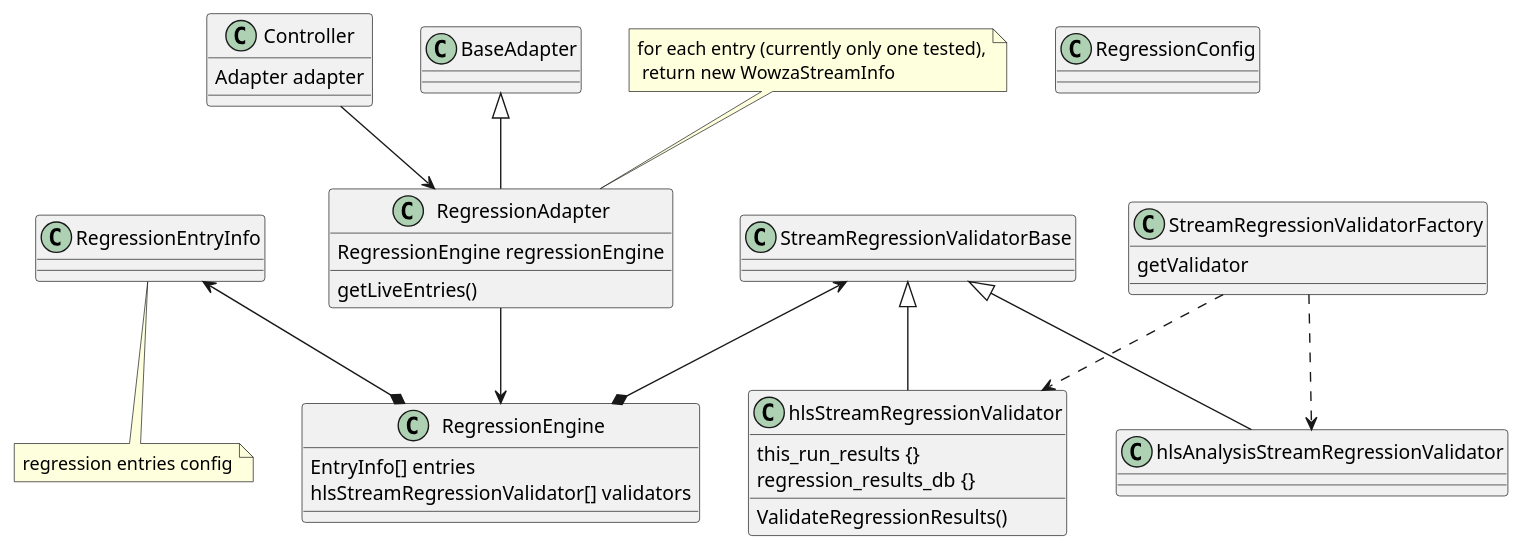
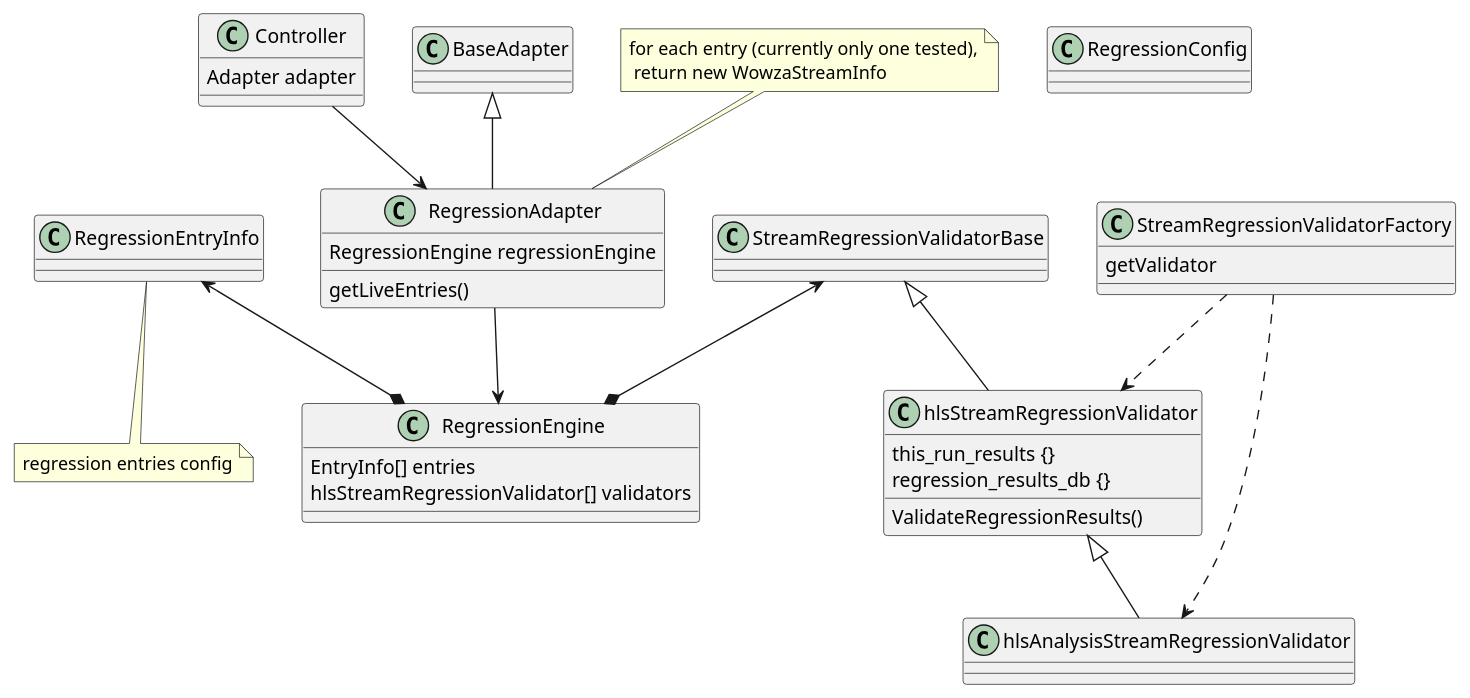
One commit to kaltura/liveDVR changed the diagram in lib/Adapters/RegressionAdapter/RegressionTestStaticDiagram.puml. Above: the diagram before and after it, drawn with PlantUML. The commit also changed 5 other files, not shown here.

```diff
--- a/lib/Adapters/RegressionAdapter/RegressionTestStaticDiagram.puml
+++ b/lib/Adapters/RegressionAdapter/RegressionTestStaticDiagram.puml
@@ -1,62 +1,62 @@
 @startuml
 
 
 class Controller {
 Adapter adapter
 }
 
 class BaseAdapter {
 
 }
 
 class RegressionAdapter {
    RegressionEngine regressionEngine
    getLiveEntries()
 }
 note top: for each entry (currently only one tested),\n return new WowzaStreamInfo
 
 class RegressionEngine {
  EntryInfo[] entries
  hlsStreamRegressionValidator[] validators
 }
 
 class RegressionEntryInfo {
 
 }
 
 note bottom: regression entries config
 
 class hlsStreamRegressionValidator {
      this_run_results {}
      regression_results_db {}
      ValidateRegressionResults()
 }
 
 class RegressionConfig {
 
 }
 
 class StreamRegressionValidatorFactory {
     getValidator
 }
 
 class StreamRegressionValidatorBase {
 
 }
 
 class  hlsAnalysisStreamRegressionValidator {
 
 }
 
 Controller --> RegressionAdapter
 BaseAdapter <|-- RegressionAdapter
 RegressionAdapter --> RegressionEngine
 StreamRegressionValidatorBase <|-- hlsStreamRegressionValidator
-StreamRegressionValidatorBase <|-- hlsAnalysisStreamRegressionValidator
+hlsStreamRegressionValidator <|-- hlsAnalysisStreamRegressionValidator
 RegressionEntryInfo <--* RegressionEngine
 StreamRegressionValidatorBase <--* RegressionEngine
 StreamRegressionValidatorFactory ..> hlsStreamRegressionValidator
 StreamRegressionValidatorFactory ..> hlsAnalysisStreamRegressionValidator
 
 
 @enduml
```
